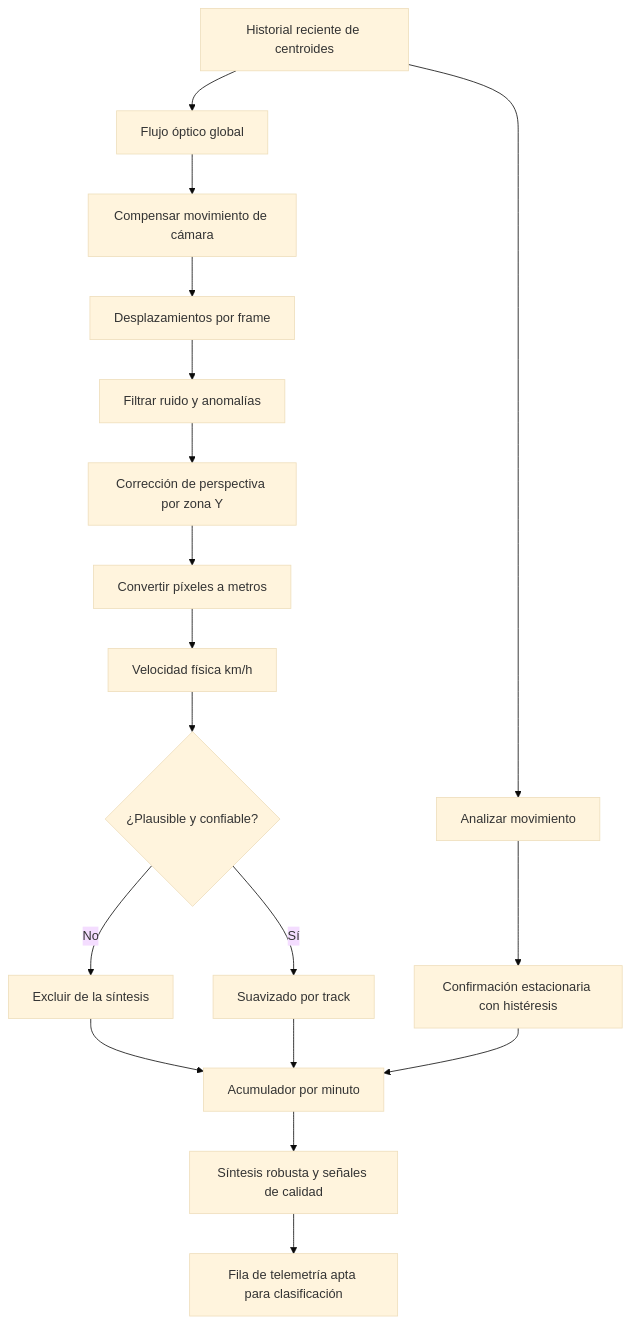
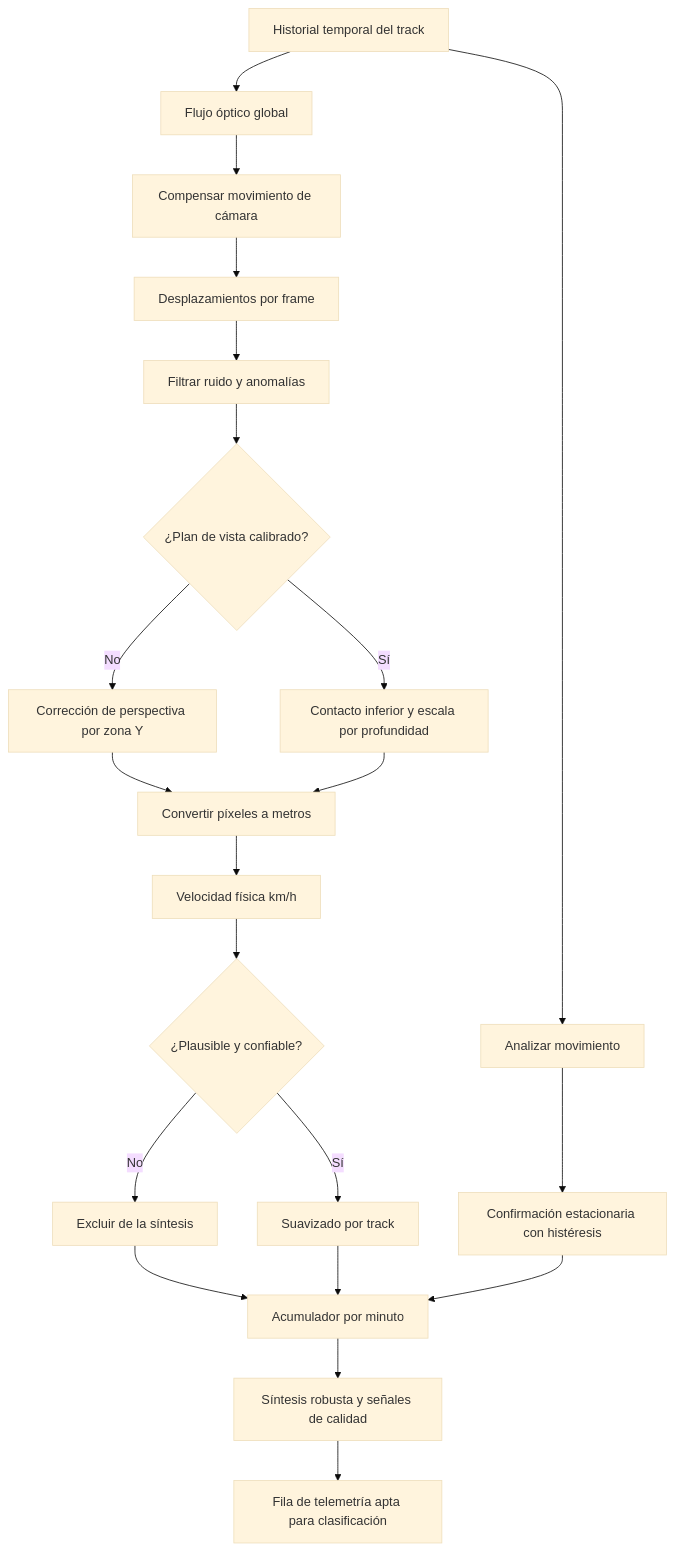
The diagram in docs/architecture/diagrams/speed-calculation.md (aka-titesen/vaaet), drawn with Mermaid (base theme) before and after one commit. The commit also changed other lines of this file and 36 other files, not shown here.

````diff
--- a/docs/architecture/diagrams/speed-calculation.md
+++ b/docs/architecture/diagrams/speed-calculation.md
@@ -9,20 +9,23 @@
 ```mermaid
 flowchart TD
-    A[Historial reciente de centroides] --> B[Flujo óptico global]
+    A[Historial temporal del track] --> B[Flujo óptico global]
     B --> C[Compensar movimiento de cámara]
     C --> D[Desplazamientos por frame]
     D --> E[Filtrar ruido y anomalías]
-    E --> F[Corrección de perspectiva por zona Y]
-    F --> G[Convertir píxeles a metros]
-    G --> H[Velocidad física km/h]
-    H --> I{¿Plausible y confiable?}
-    I -->|No| J[Excluir de la síntesis]
-    I -->|Sí| K[Suavizado por track]
-    A --> L[Analizar movimiento]
-    L --> M[Confirmación estacionaria con histéresis]
-    K --> N[Acumulador por minuto]
-    M --> N
-    J --> N
-    N --> O[Síntesis robusta y señales de calidad]
-    O --> P[Fila de telemetría apta para clasificación]
+    E --> F{¿Plan de vista calibrado?}
+    F -->|No| G[Corrección de perspectiva por zona Y]
+    F -->|Sí| H[Contacto inferior y escala por profundidad]
+    G --> I[Convertir píxeles a metros]
+    H --> I
+    I --> J[Velocidad física km/h]
+    J --> K{¿Plausible y confiable?}
+    K -->|No| L[Excluir de la síntesis]
+    K -->|Sí| M[Suavizado por track]
+    A --> N[Analizar movimiento]
+    N --> O[Confirmación estacionaria con histéresis]
+    M --> P[Acumulador por minuto]
+    O --> P
+    L --> P
+    P --> Q[Síntesis robusta y señales de calidad]
+    Q --> R[Fila de telemetría apta para clasificación]
 ```
````
